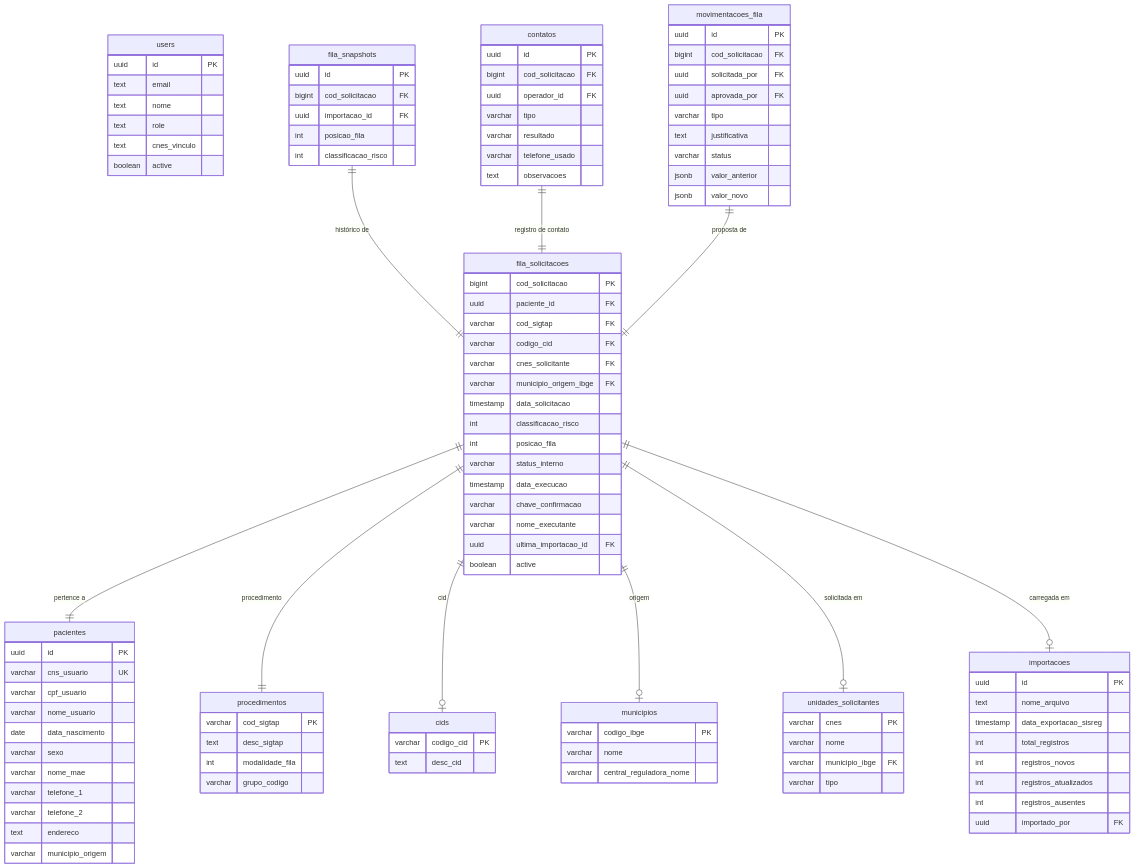
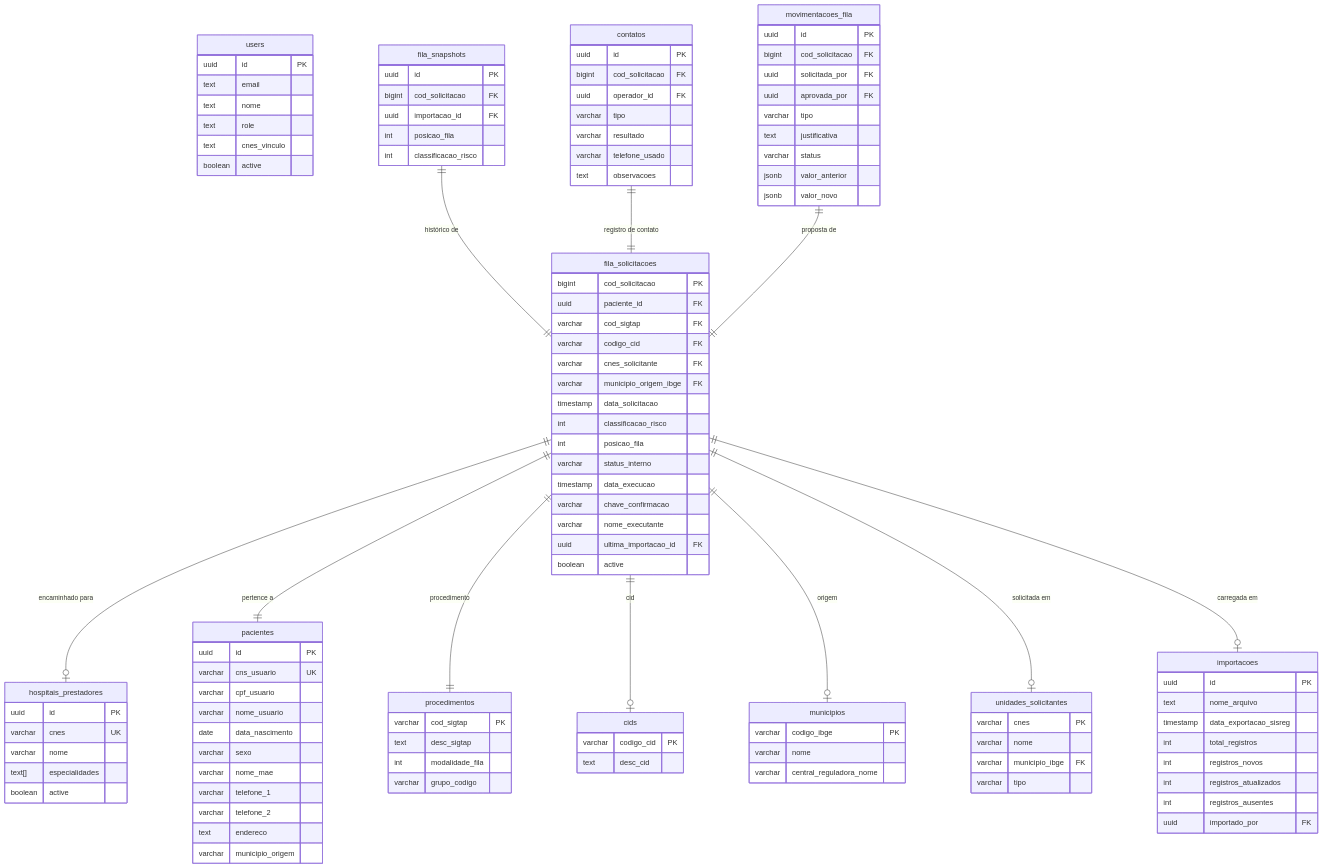
The first of 2 diagrams in doc/arquitetura_fluxos.md (fmarculino/SisFilaSus), drawn with Mermaid before and after one commit. The commit also changed 5 other files, not shown here.

```diff
--- a/doc/arquitetura_fluxos.md
+++ b/doc/arquitetura_fluxos.md
@@ -107,6 +107,14 @@
         jsonb valor_novo
     }
 
+    hospitais_prestadores {
+        uuid id PK
+        varchar cnes UK
+        varchar nome
+        text[] especialidades
+        boolean active
+    }
+    fila_solicitacoes ||--o| hospitais_prestadores : "encaminhado para"
     fila_solicitacoes ||--|| pacientes : "pertence a"
     fila_solicitacoes ||--|| procedimentos : "procedimento"
     fila_solicitacoes ||--o| cids : "cid"
```
